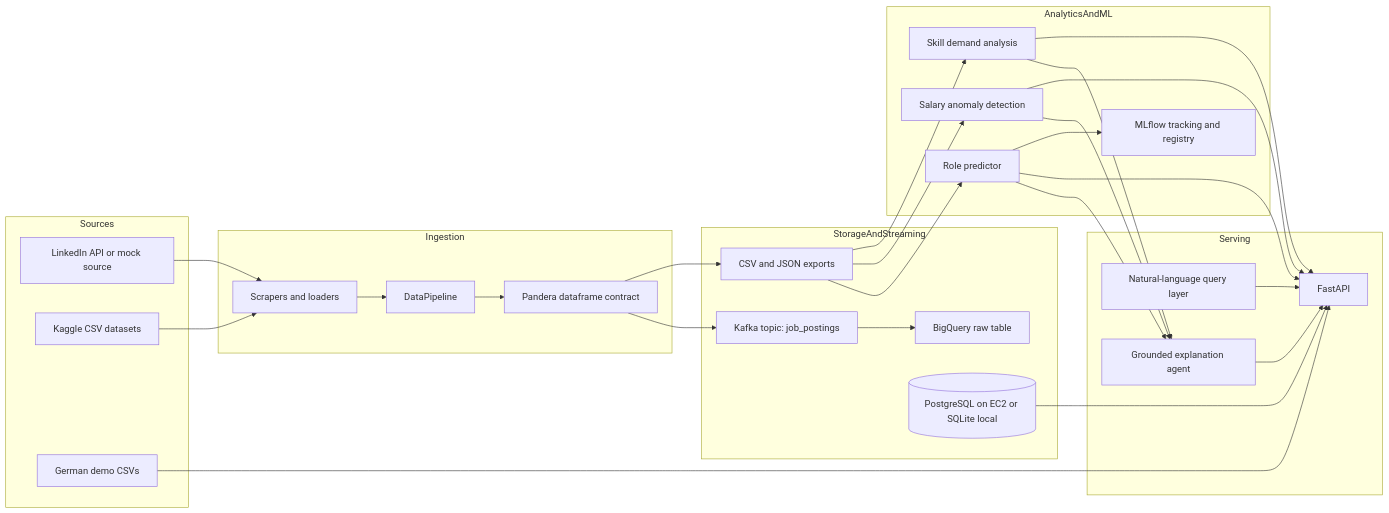
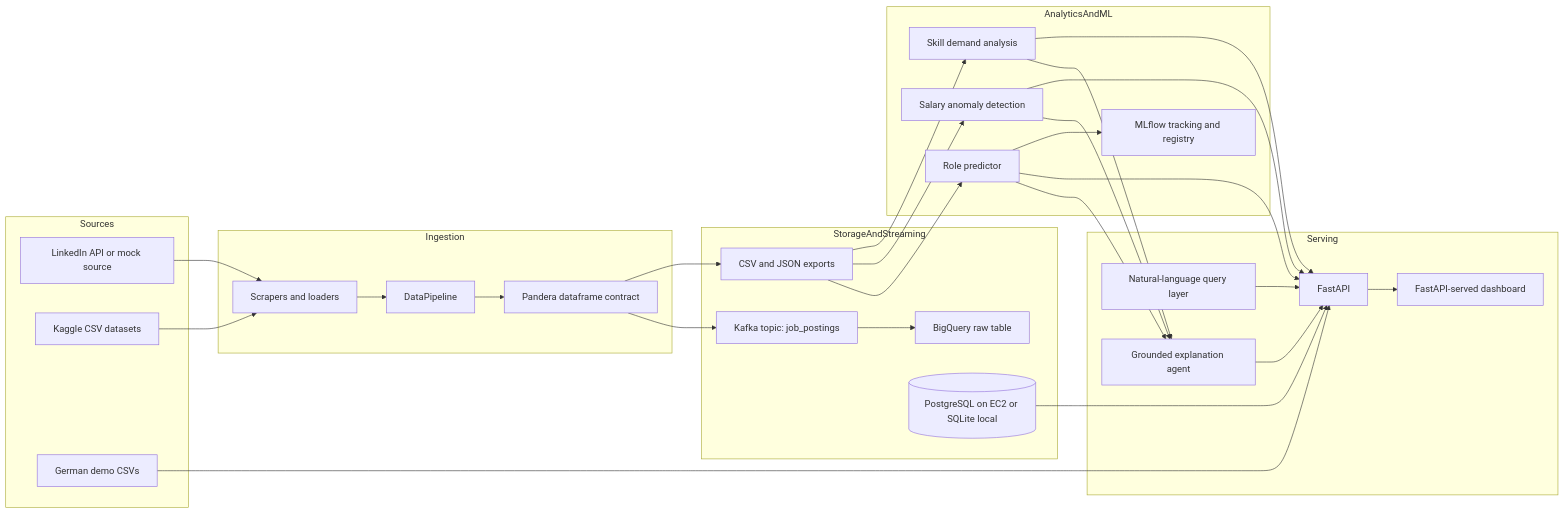
Before and after one commit to ismail7CAa/job-market-intellegence-platform: the diagram in README.md, drawn with Mermaid. The commit also changed other lines of this file and 3 other files, not shown here.

````diff
--- a/README.md
+++ b/README.md
@@ -17,53 +18,55 @@
 ```mermaid
 flowchart LR
     subgraph Sources
         LI[LinkedIn API or mock source]
         KG[Kaggle CSV datasets]
         CSV[German demo CSVs]
     end
 
     subgraph Ingestion
         SCR[Scrapers and loaders]
         PIPE[DataPipeline]
         SCHEMA[Pandera dataframe contract]
     end
 
     subgraph StorageAndStreaming
         FILES[CSV and JSON exports]
         KAFKA[Kafka topic: job_postings]
         BQ[BigQuery raw table]
         DB[(PostgreSQL on EC2 or SQLite local)]
     end
 
     subgraph AnalyticsAndML
         SKILL[Skill demand analysis]
         SALARY[Salary anomaly detection]
         ROLE[Role predictor]
         MLFLOW[MLflow tracking and registry]
     end
 
     subgraph Serving
         API[FastAPI]
+        WEB[FastAPI-served dashboard]
         NLP[Natural-language query layer]
         AGENT[Grounded explanation agent]
     end
 
     LI --> SCR
     KG --> SCR
     CSV --> API
     SCR --> PIPE --> SCHEMA
     SCHEMA --> FILES
     SCHEMA --> KAFKA --> BQ
     DB --> API
     FILES --> SKILL
     FILES --> SALARY
     FILES --> ROLE --> MLFLOW
     SKILL --> API
     SALARY --> API
     ROLE --> API
+    API --> WEB
     SKILL --> AGENT
     SALARY --> AGENT
     ROLE --> AGENT
     NLP --> API
     AGENT --> API
 ```
````
